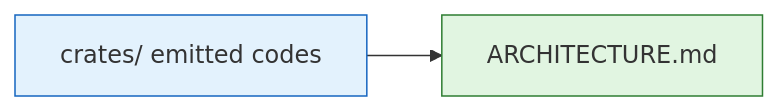
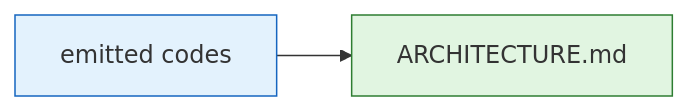
The diagram in ARCHITECTURE.md (rakaarwaky/lint-arwaky), drawn with Mermaid before and after one commit. The commit also changed other lines of this file, not shown here.

First line of the commit message:
Generalize ARCHITECTURE.md for any AES project (#1205)

````diff
--- a/ARCHITECTURE.md
+++ b/ARCHITECTURE.md
@@ -1235,8 +1351,8 @@
 ```mermaid
 graph LR
-    EMIT[crates/ emitted codes]:::source
+    EMIT[emitted codes]:::source
     ARCH[ARCHITECTURE.md]:::authoritative
     EMIT --> ARCH
     classDef authoritative fill:#e1f5e1,stroke:#2e7d32
     classDef source fill:#e3f2fd,stroke:#1565c0
 ```
````
